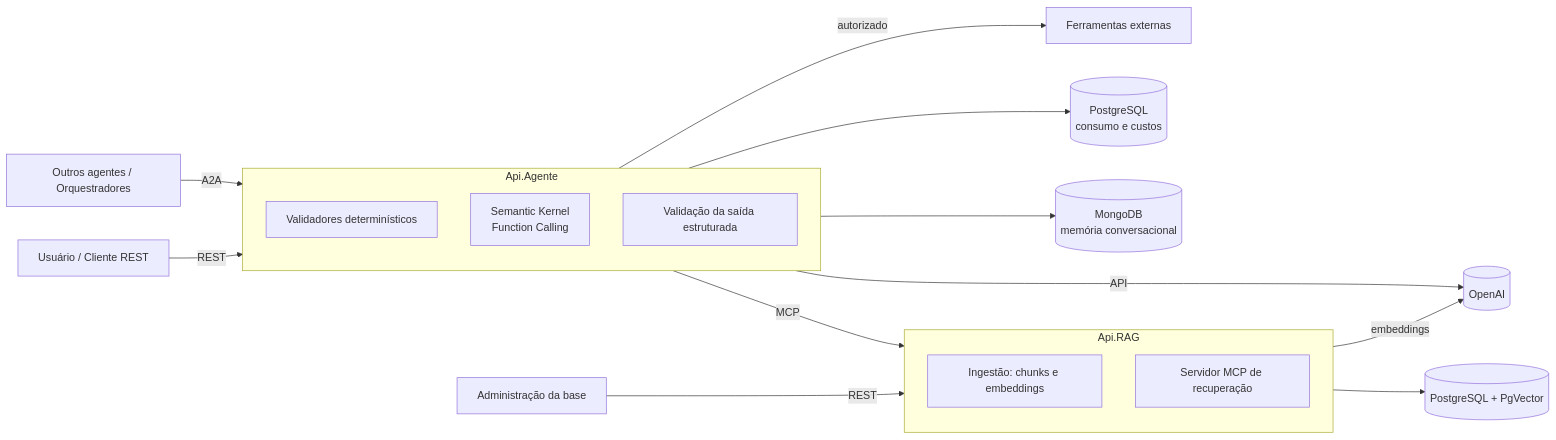
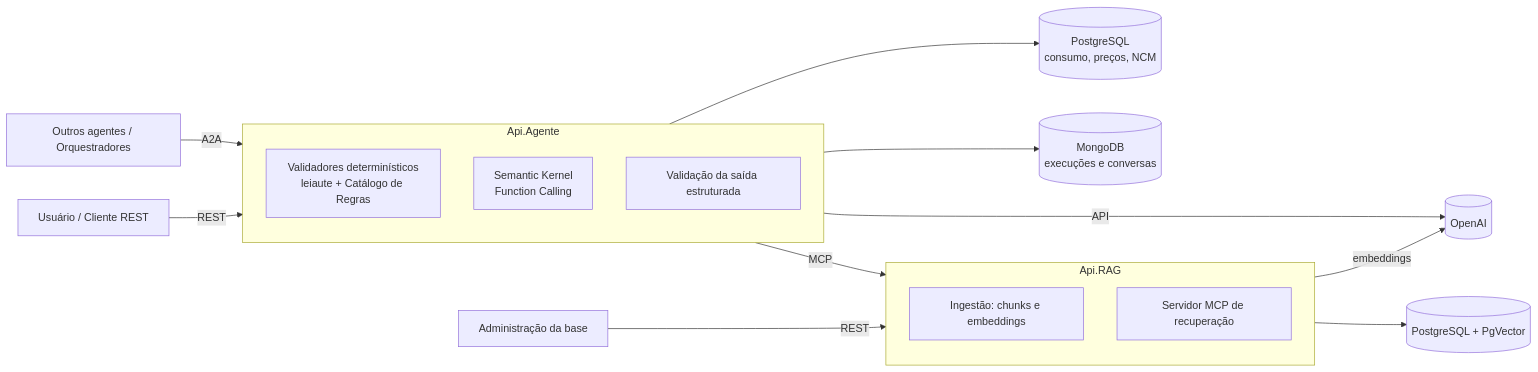
One commit to GabrielMaurity/AgenteSpedFiscal-Infis changed the diagram in README.md. Above: the diagram before and after it, drawn with Mermaid. The commit also changed other lines of this file, not shown here.

````diff
--- a/README.md
+++ b/README.md
@@ -39,28 +55,27 @@
 ```mermaid
 flowchart LR
     U[Usuário / Cliente REST] -->|REST| AG
     O[Outros agentes / Orquestradores] -->|A2A| AG
 
     subgraph AG[Api.Agente]
         direction TB
-        V[Validadores determinísticos]
+        V[Validadores determinísticos<br/>leiaute + Catálogo de Regras]
         SK[Semantic Kernel<br/>Function Calling]
         SV[Validação da saída estruturada]
     end
 
     AG -->|MCP| RAG
     AG -->|API| OAI[(OpenAI)]
-    AG --> MEM[(MongoDB<br/>memória conversacional)]
-    AG --> PGC[(PostgreSQL<br/>consumo e custos)]
-    AG -->|autorizado| EXT[Ferramentas externas]
+    AG --> MEM[(MongoDB<br/>execuções e conversas)]
+    AG --> PGC[(PostgreSQL<br/>consumo, preços, NCM)]
 
     subgraph RAG[Api.RAG]
         direction TB
         ING[Ingestão: chunks e embeddings]
         MCPS[Servidor MCP de recuperação]
     end
 
     ADM[Administração da base] -->|REST| RAG
     RAG --> PGV[(PostgreSQL + PgVector)]
     RAG -->|embeddings| OAI
 ```
````
